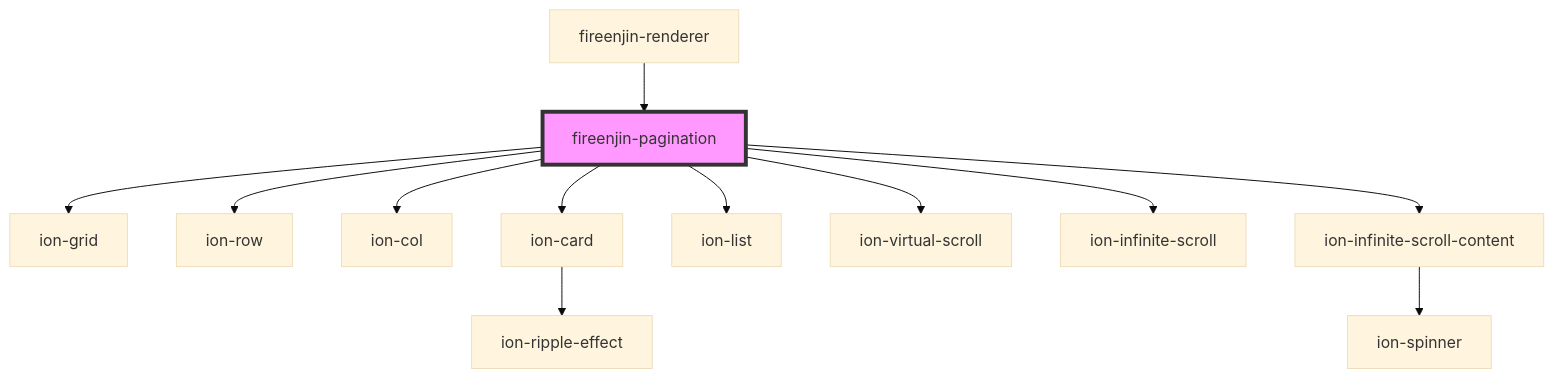
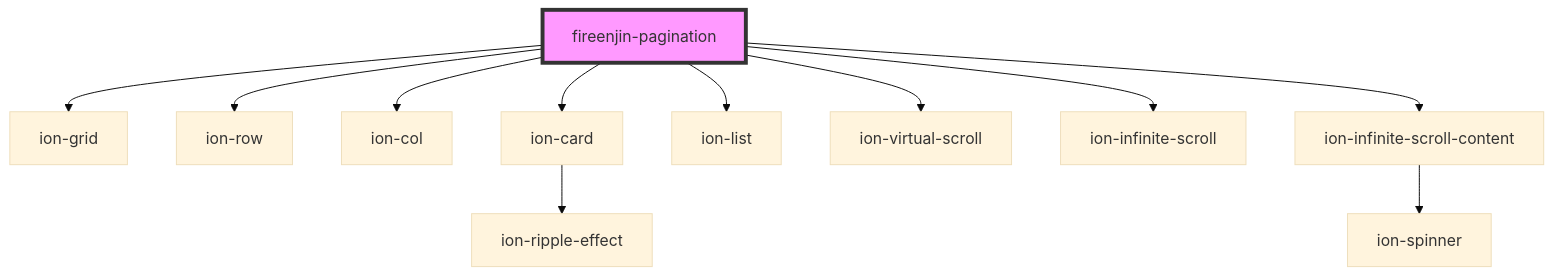
Before and after one commit to FireEnjin/Components: the diagram in src/components/pagination/readme.md, drawn with Mermaid (base theme). The commit also changed other lines of this file and 5 other files, not shown here.

````diff
--- a/src/components/pagination/readme.md
+++ b/src/components/pagination/readme.md
@@ -110,15 +106,14 @@
 ```mermaid
 graph TD;
   fireenjin-pagination --> ion-grid
   fireenjin-pagination --> ion-row
   fireenjin-pagination --> ion-col
   fireenjin-pagination --> ion-card
   fireenjin-pagination --> ion-list
   fireenjin-pagination --> ion-virtual-scroll
   fireenjin-pagination --> ion-infinite-scroll
   fireenjin-pagination --> ion-infinite-scroll-content
   ion-card --> ion-ripple-effect
   ion-infinite-scroll-content --> ion-spinner
-  fireenjin-renderer --> fireenjin-pagination
   style fireenjin-pagination fill:#f9f,stroke:#333,stroke-width:4px
 ```
````
